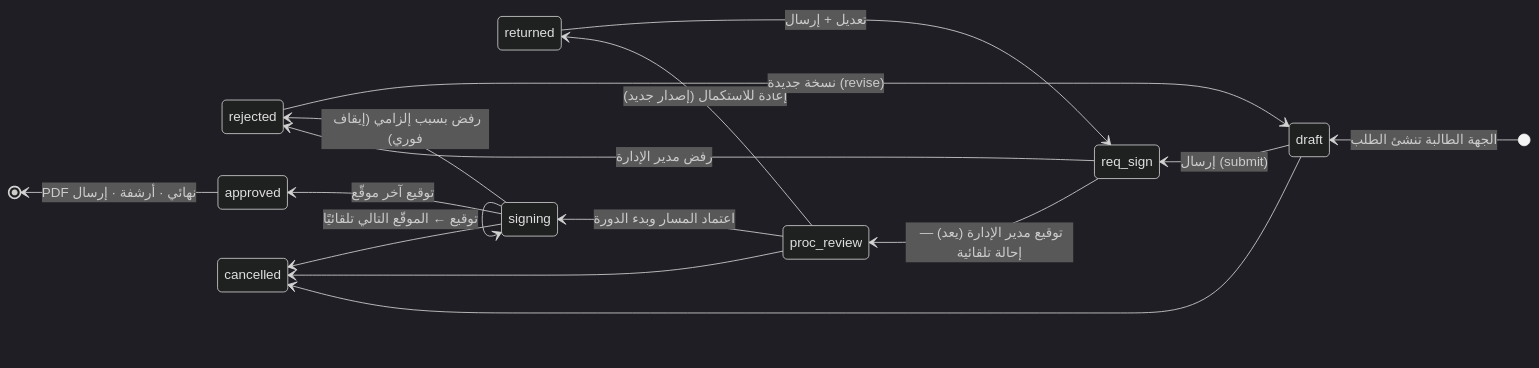
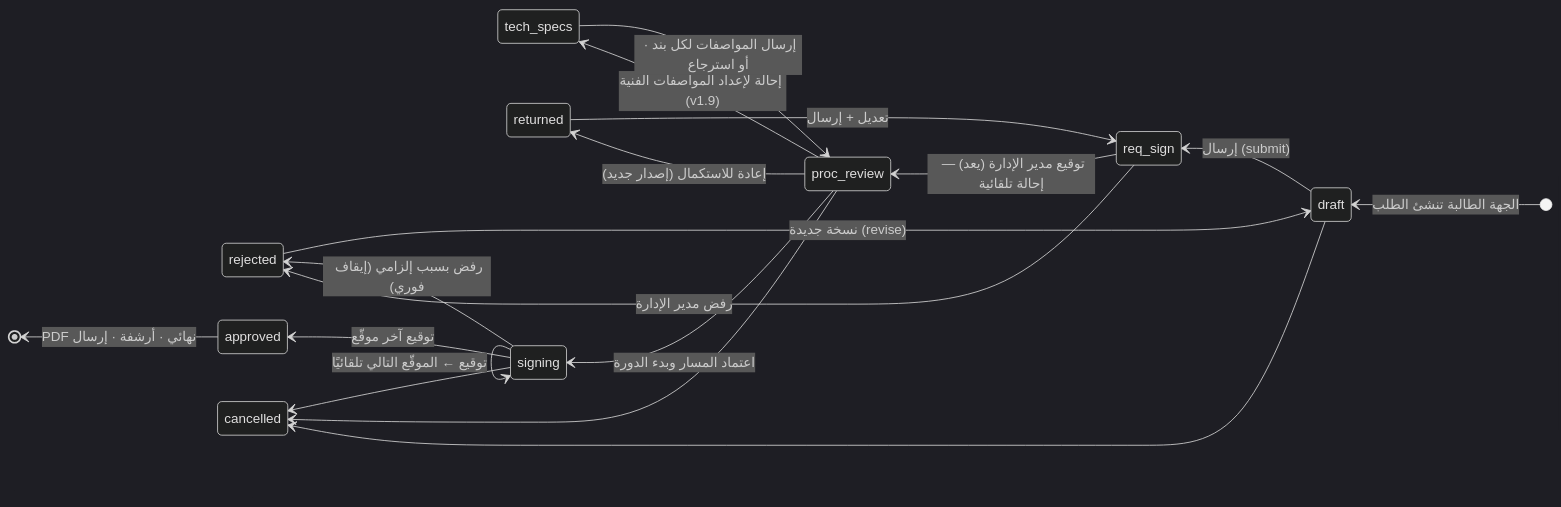
The first of 2 diagrams in docs/WORKFLOW.md (ICTSRU/PR), drawn with Mermaid (dark theme) before and after one commit. The commit also changed other lines of this file and 14 other files, not shown here.

````diff
--- a/docs/WORKFLOW.md
+++ b/docs/WORKFLOW.md
@@ -3,19 +3,21 @@
 ```mermaid
 stateDiagram-v2
     direction RL
     [*] --> draft: الجهة الطالبة تنشئ الطلب
     draft --> req_sign: إرسال (submit)
     req_sign --> proc_review: توقيع مدير الإدارة (يعد) — إحالة تلقائية
     req_sign --> rejected: رفض مدير الإدارة
+    proc_review --> tech_specs: إحالة لإعداد المواصفات الفنية (v1.9)
+    tech_specs --> proc_review: إرسال المواصفات لكل بند · أو استرجاع
     proc_review --> returned: إعادة للاستكمال (إصدار جديد)
     returned --> req_sign: تعديل + إرسال
     proc_review --> signing: اعتماد المسار وبدء الدورة
     signing --> signing: توقيع ← الموقّع التالي تلقائيًا
     signing --> rejected: رفض بسبب إلزامي (إيقاف فوري)
     signing --> approved: توقيع آخر موقّع
     approved --> [*]: PDF نهائي · أرشفة · إرسال
     rejected --> draft: نسخة جديدة (revise)
     draft --> cancelled
     proc_review --> cancelled
     signing --> cancelled
 ```
````
